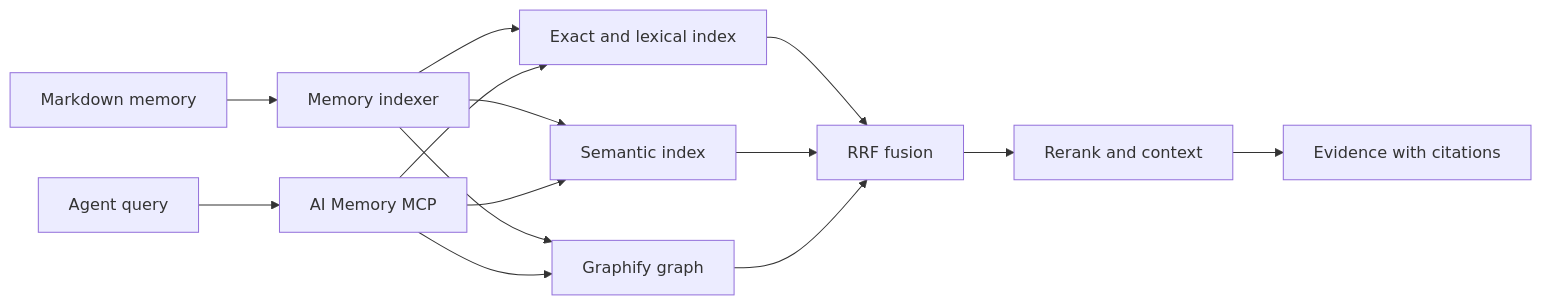
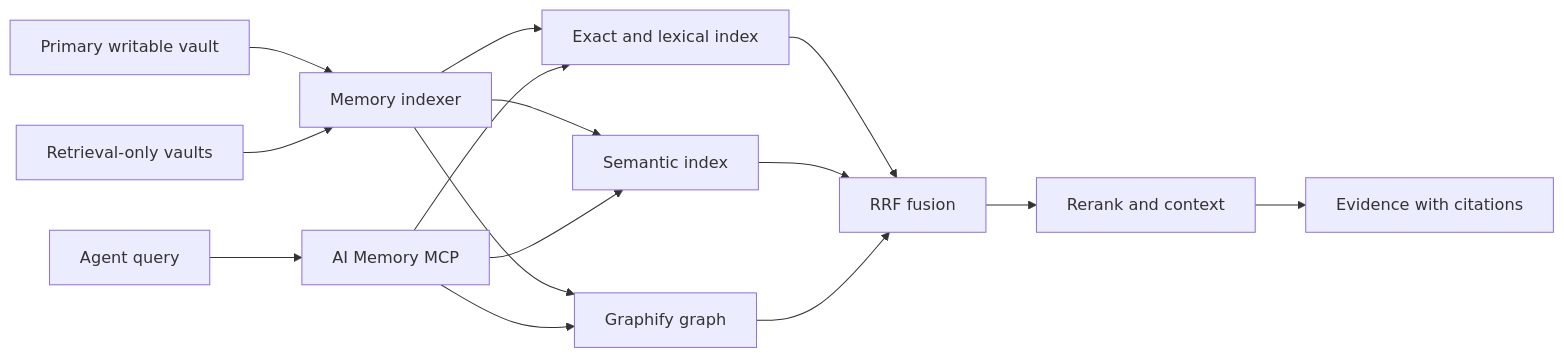
The diagram in docs/architecture.md (moorej2400/ai-memory-mcp), drawn with Mermaid before and after one commit. The commit also changed other lines of this file and 31 other files, not shown here.

Commit message:
feat: add federated memory sources and codebase graph skill

````diff
--- a/docs/architecture.md
+++ b/docs/architecture.md
@@ -21,16 +23,17 @@
 ```mermaid
 flowchart LR
-    M[Markdown memory] --> I[Memory indexer]
+    P[Primary writable vault] --> I[Memory indexer]
+    A[Retrieval-only vaults] --> I
     I --> L[Exact and lexical index]
     I --> V[Semantic index]
     I --> G[Graphify graph]
     Q[Agent query] --> S[AI Memory MCP]
     S --> L
     S --> V
     S --> G
     L --> F[RRF fusion]
     V --> F
     G --> F
     F --> R[Rerank and context]
     R --> E[Evidence with citations]
 ```
````
